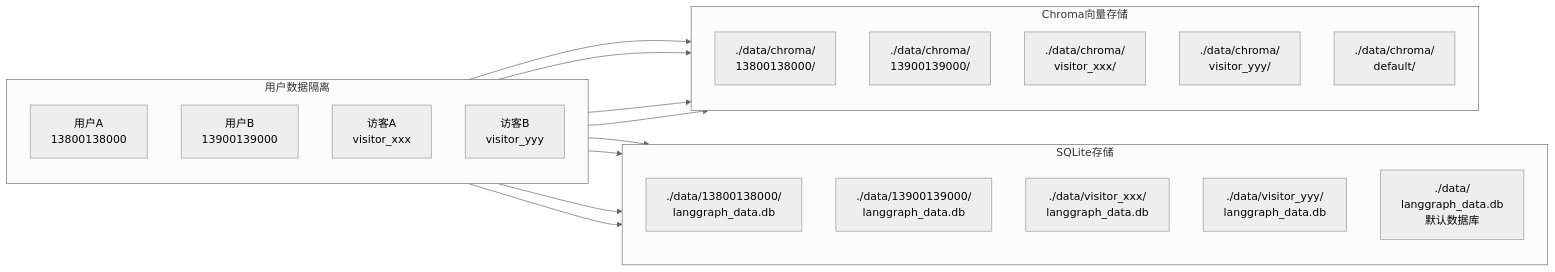
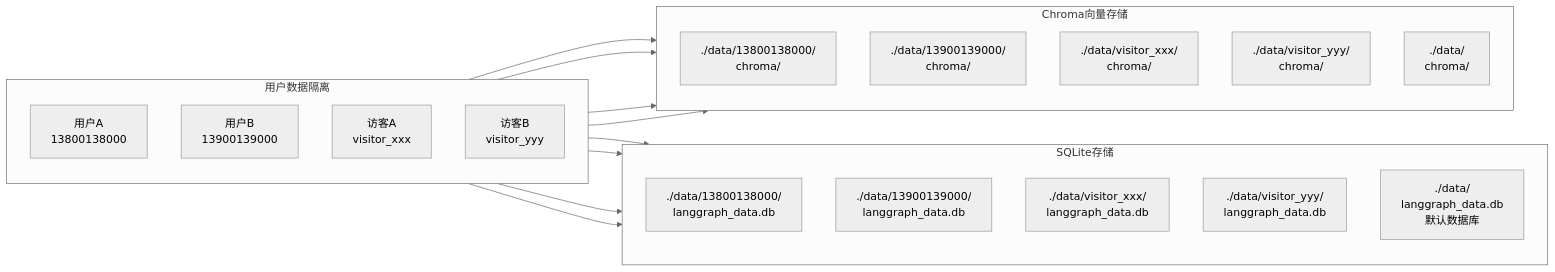
One commit to DAVINDAI/xueyang changed the third of 7 diagrams in docs/architecture.md. Above: the diagram before and after it, drawn with Mermaid (neutral theme). The commit also changed other lines of this file, not shown here.

Commit message:
docs: 更新架构文档以反映最新的代码实现

````diff
--- a/docs/architecture.md
+++ b/docs/architecture.md
@@ -123,38 +123,38 @@
 ```mermaid
 graph LR
     subgraph 用户隔离["用户数据隔离"]
         direction TB
         User1[用户A<br/>13800138000]
         User2[用户B<br/>13900139000]
         Visitor1[访客A<br/>visitor_xxx]
         Visitor2[访客B<br/>visitor_yyy]
     end
 
     subgraph SQLite存储["SQLite存储"]
         direction TB
         DB1[./data/13800138000/<br/>langgraph_data.db]
         DB2[./data/13900139000/<br/>langgraph_data.db]
         DB3[./data/visitor_xxx/<br/>langgraph_data.db]
         DB4[./data/visitor_yyy/<br/>langgraph_data.db]
         DBDefault[./data/<br/>langgraph_data.db<br/>默认数据库]
     end
 
     subgraph 向量存储["Chroma向量存储"]
         direction TB
-        Vec1[./data/chroma/<br/>13800138000/]
-        Vec2[./data/chroma/<br/>13900139000/]
-        Vec3[./data/chroma/<br/>visitor_xxx/]
-        Vec4[./data/chroma/<br/>visitor_yyy/]
-        VecDefault[./data/chroma/<br/>default/]
+        Vec1[./data/13800138000/<br/>chroma/]
+        Vec2[./data/13900139000/<br/>chroma/]
+        Vec3[./data/visitor_xxx/<br/>chroma/]
+        Vec4[./data/visitor_yyy/<br/>chroma/]
+        VecDefault[./data/<br/>chroma/]
     end
 
     User1 --> DB1
     User2 --> DB2
     Visitor1 --> DB3
     Visitor2 --> DB4
 
     User1 --> Vec1
     User2 --> Vec2
     Visitor1 --> Vec3
     Visitor2 --> Vec4
 ```
````
